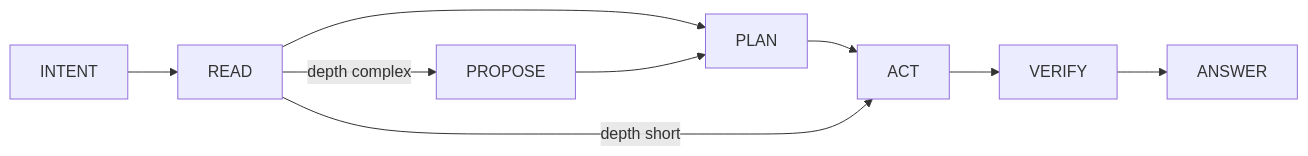
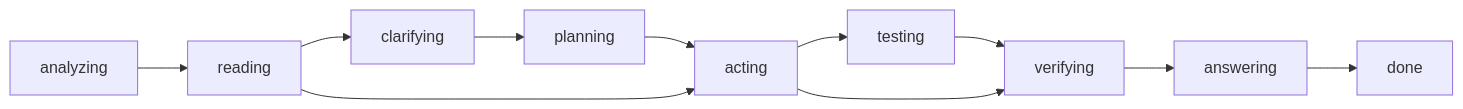
One commit to DroxKiwi/Drox---IDE---OR changed the fifth of 7 diagrams in README.md. Above: the diagram before and after it, drawn with Mermaid. The commit also changed other lines of this file and 1 other file, not shown here.

````diff
--- a/README.md
+++ b/README.md
@@ -165,11 +168,13 @@
 ```mermaid
 flowchart LR
-  I[INTENT] --> R[READ]
-  R -->|depth complex| P[PROPOSE]
-  R --> PL[PLAN]
-  P --> PL
-  PL --> A[ACT]
-  R -->|depth short| A
-  A --> V[VERIFY]
-  V --> AN[ANSWER]
+  A[analyzing] --> R[reading]
+  R --> C[clarifying]
+  C --> P[planning]
+  P --> X[acting]
+  R --> X
+  X --> T[testing]
+  T --> V[verifying]
+  X --> V
+  V --> AN[answering]
+  AN --> D[done]
 ```
````
